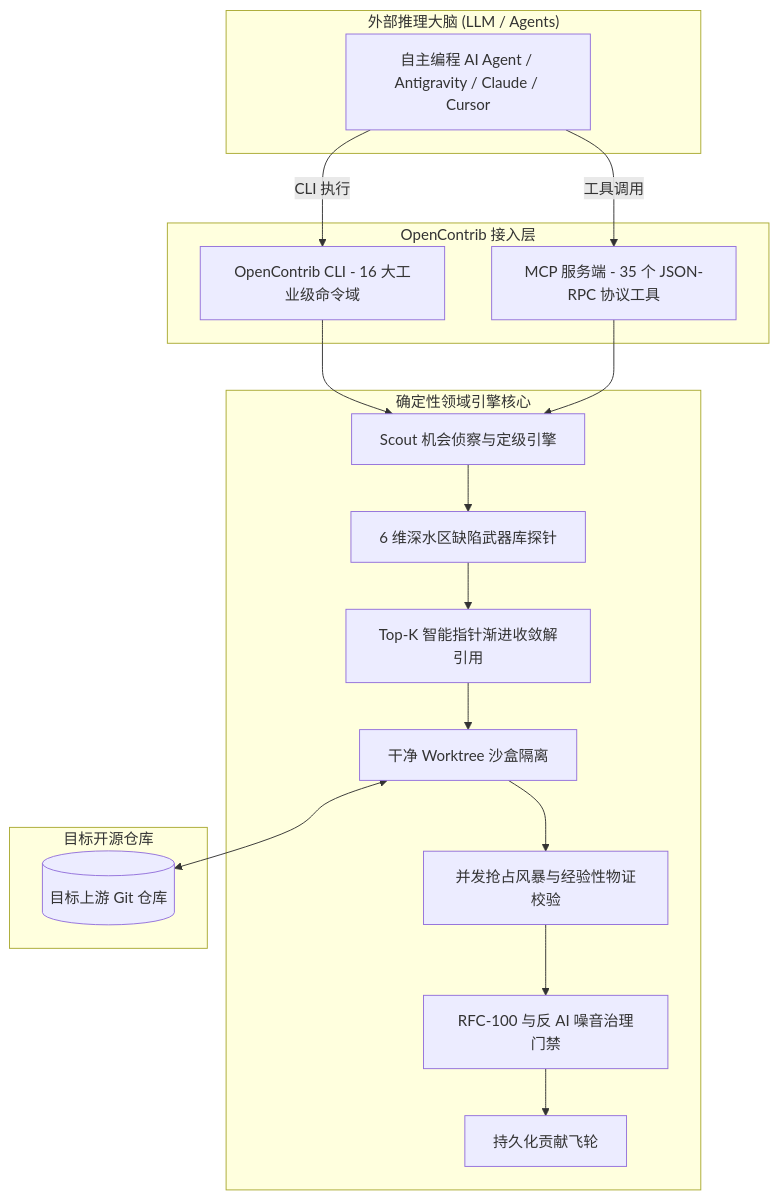
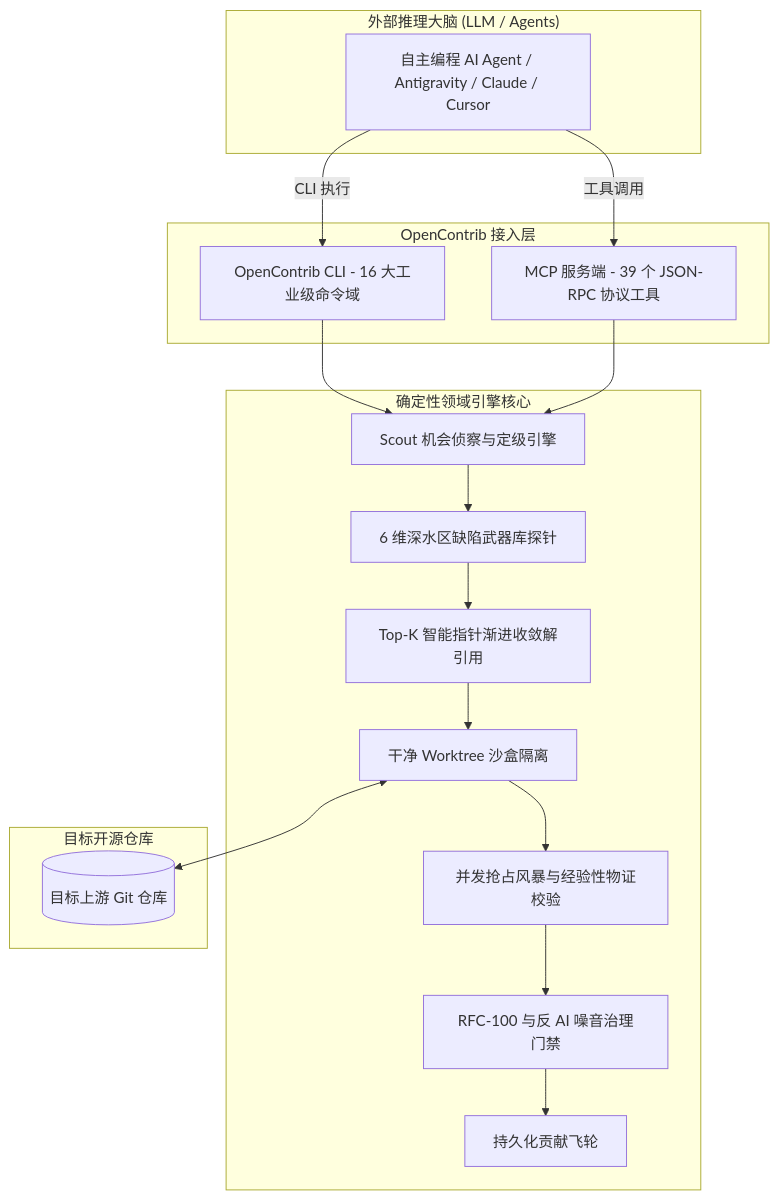
Before and after one commit to MeiSiristhebest/opencontrib: the diagram in ARCHITECTURE_zh.md, drawn with Mermaid. The commit also changed 113 other files, not shown here.

````diff
--- a/ARCHITECTURE_zh.md
+++ b/ARCHITECTURE_zh.md
@@ -9,37 +9,37 @@
 ```mermaid
 graph TD
     subgraph "外部推理大脑 (LLM / Agents)"
         Agent[自主编程 AI Agent / Antigravity / Claude / Cursor]
     end
 
     subgraph "OpenContrib 接入层"
         CLI[OpenContrib CLI - 16 大工业级命令域]
-        MCP[MCP 服务端 - 35 个 JSON-RPC 协议工具]
+        MCP[MCP 服务端 - 39 个 JSON-RPC 协议工具]
     end
 
     subgraph "确定性领域引擎核心"
         Discovery[Scout 机会侦察与定级引擎]
         Probe[6 维深水区缺陷武器库探针]
         Pointer[Top-K 智能指针渐进收敛解引用]
         Sandbox[干净 Worktree 沙盒隔离]
         Evidence[并发抢占风暴与经验性物证校验]
         Gov[RFC-100 与反 AI 噪音治理门禁]
         Flywheel[持久化贡献飞轮]
     end
 
     subgraph "目标开源仓库"
         Repo[(目标上游 Git 仓库)]
     end
 
     Agent -->|CLI 执行| CLI
     Agent -->|工具调用| MCP
     CLI --> Discovery
     MCP --> Discovery
     Discovery --> Probe
     Probe --> Pointer
     Pointer --> Sandbox
     Sandbox --> Evidence
     Evidence --> Gov
     Gov --> Flywheel
     Sandbox <--> Repo
 ```
````
